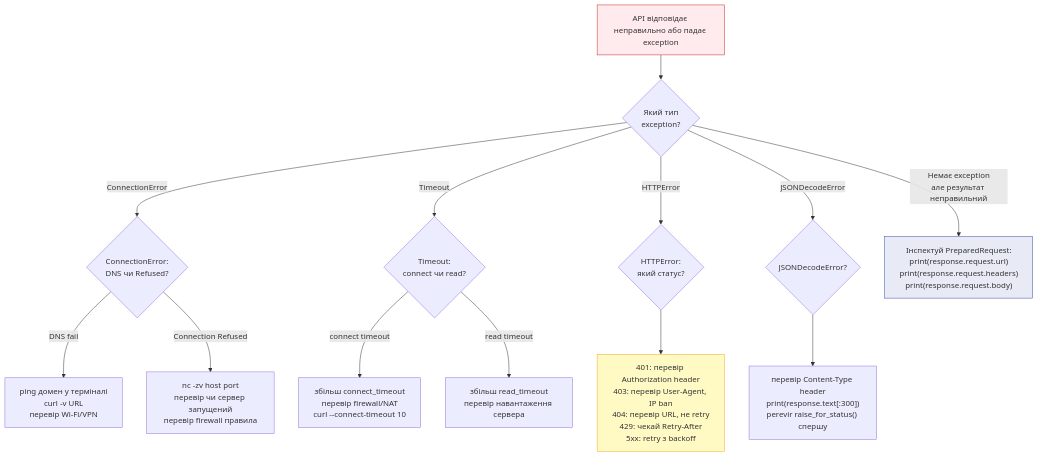
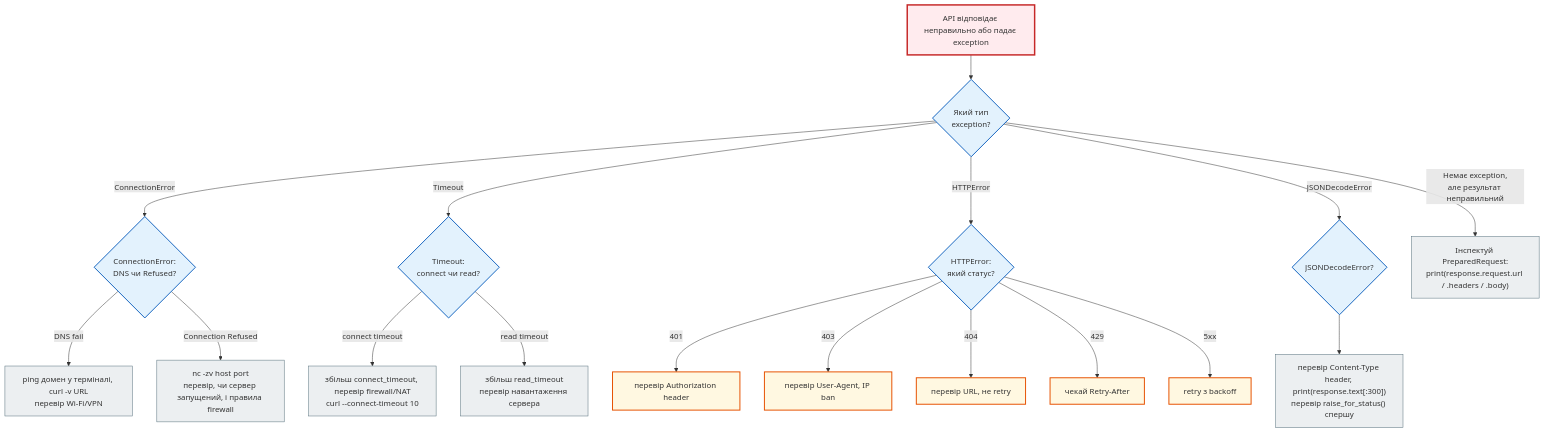
One commit to NikoriakViktot/notes_chat_app changed the eighth of 8 diagrams in docs/01_web_foundations/http_requests_docs.md. Above: the diagram before and after it, drawn with Mermaid. The commit also changed other lines of this file and 441 other files, not shown here.

First line of the commit message:
Add English version of the book, Mermaid standard, docs fixes

````diff
--- a/docs/01_web_foundations/http_requests_docs.md
+++ b/docs/01_web_foundations/http_requests_docs.md
@@ -565,40 +579,54 @@
 ```mermaid
 flowchart TD
     START["API відповідає неправильно або падає exception"]
 
-    Q1{"Який тип\nexception?"}
+    Q1{"Який тип<br>exception?"}
 
-    Q2{"ConnectionError:\nDNS чи Refused?"}
-    Q3{"Timeout:\nconnect чи read?"}
-    Q4{"HTTPError:\nякий статус?"}
+    Q2{"ConnectionError:<br>DNS чи Refused?"}
+    Q3{"Timeout:<br>connect чи read?"}
+    Q4{"HTTPError:<br>який статус?"}
     Q5{"JSONDecodeError?"}
 
-    A1["ping домен у терміналі\ncurl -v URL\nперевір Wi-Fi/VPN"]
-    A2["nc -zv host port\nперевір чи сервер запущений\nперевір firewall правила"]
-    A3["збільш connect_timeout\nперевір firewall/NAT\ncurl --connect-timeout 10"]
-    A4["збільш read_timeout\nперевір навантаження сервера"]
+    A1["ping домен у терміналі, curl -v URL<br>перевір Wi-Fi/VPN"]
+    A2["nc -zv host port<br>перевір, чи сервер запущений, і правила firewall"]
+    A3["збільш connect_timeout, перевір firewall/NAT<br>curl --connect-timeout 10"]
+    A4["збільш read_timeout<br>перевір навантаження сервера"]
 
-    A5["401: перевір Authorization header\n403: перевір User-Agent, IP ban\n404: перевір URL, не retry\n429: чекай Retry-After\n5xx: retry з backoff"]
+    A5A["перевір Authorization header"]
+    A5B["перевір User-Agent, IP ban"]
+    A5C["перевір URL, не retry"]
+    A5D["чекай Retry-After"]
+    A5E["retry з backoff"]
 
-    A6["перевір Content-Type header\nprint(response.text[:300])\nperevir raise_for_status() спершу"]
+    A6["перевір Content-Type header, print(response.text[:300])<br>перевір raise_for_status() спершу"]
 
     START --> Q1
     Q1 -->|"ConnectionError"| Q2
     Q1 -->|"Timeout"| Q3
     Q1 -->|"HTTPError"| Q4
     Q1 -->|"JSONDecodeError"| Q5
-    Q1 -->|"Немає exception\nале результат неправильний"| INSPECT
+    Q1 -->|"Немає exception,<br>але результат неправильний"| INSPECT
 
     Q2 -->|"DNS fail"| A1
     Q2 -->|"Connection Refused"| A2
     Q3 -->|"connect timeout"| A3
     Q3 -->|"read timeout"| A4
-    Q4 --> A5
+    Q4 -->|"401"| A5A
+    Q4 -->|"403"| A5B
+    Q4 -->|"404"| A5C
+    Q4 -->|"429"| A5D
+    Q4 -->|"5xx"| A5E
     Q5 --> A6
 
-    INSPECT["Інспектуй PreparedRequest:\nprint(response.request.url)\nprint(response.request.headers)\nprint(response.request.body)"]
+    INSPECT["Інспектуй PreparedRequest:<br>print(response.request.url / .headers / .body)"]
 
-    style START fill:#ffebee,stroke:#c62828
-    style INSPECT fill:#e8eaf6,stroke:#3949ab
-    style A5 fill:#fff9c4,stroke:#f9a825
+    classDef step     fill:#eceff1,stroke:#546e7a,stroke-width:1px;
+    classDef decision fill:#e3f2fd,stroke:#1565c0,stroke-width:2px;
+    classDef error    fill:#ffebee,stroke:#c62828,stroke-width:3px;
+    classDef warning  fill:#fff8e1,stroke:#e65100,stroke-width:2px;
+
+    class START error;
+    class Q1,Q2,Q3,Q4,Q5 decision;
+    class A1,A2,A3,A4,A6,INSPECT step;
+    class A5A,A5B,A5C,A5D,A5E warning;
 ```
````
